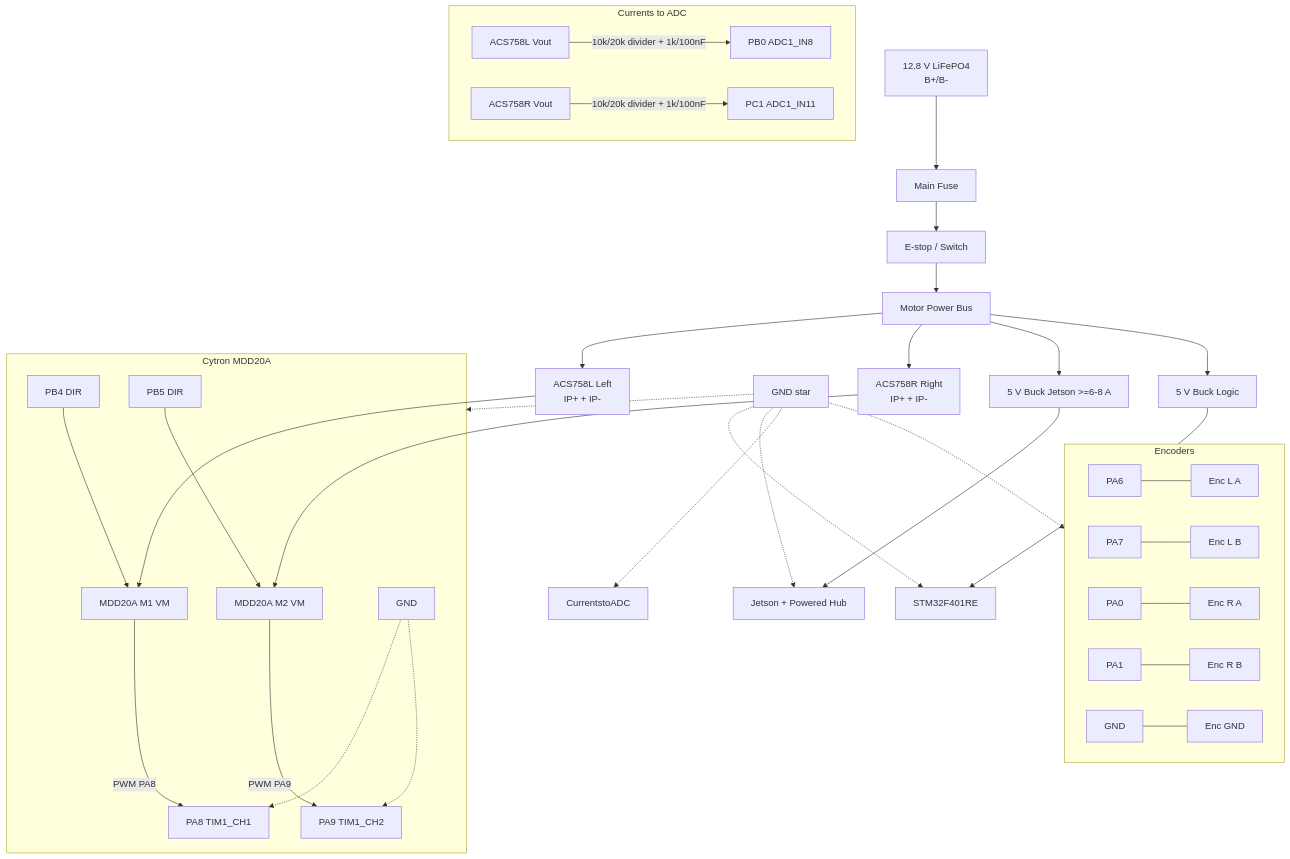
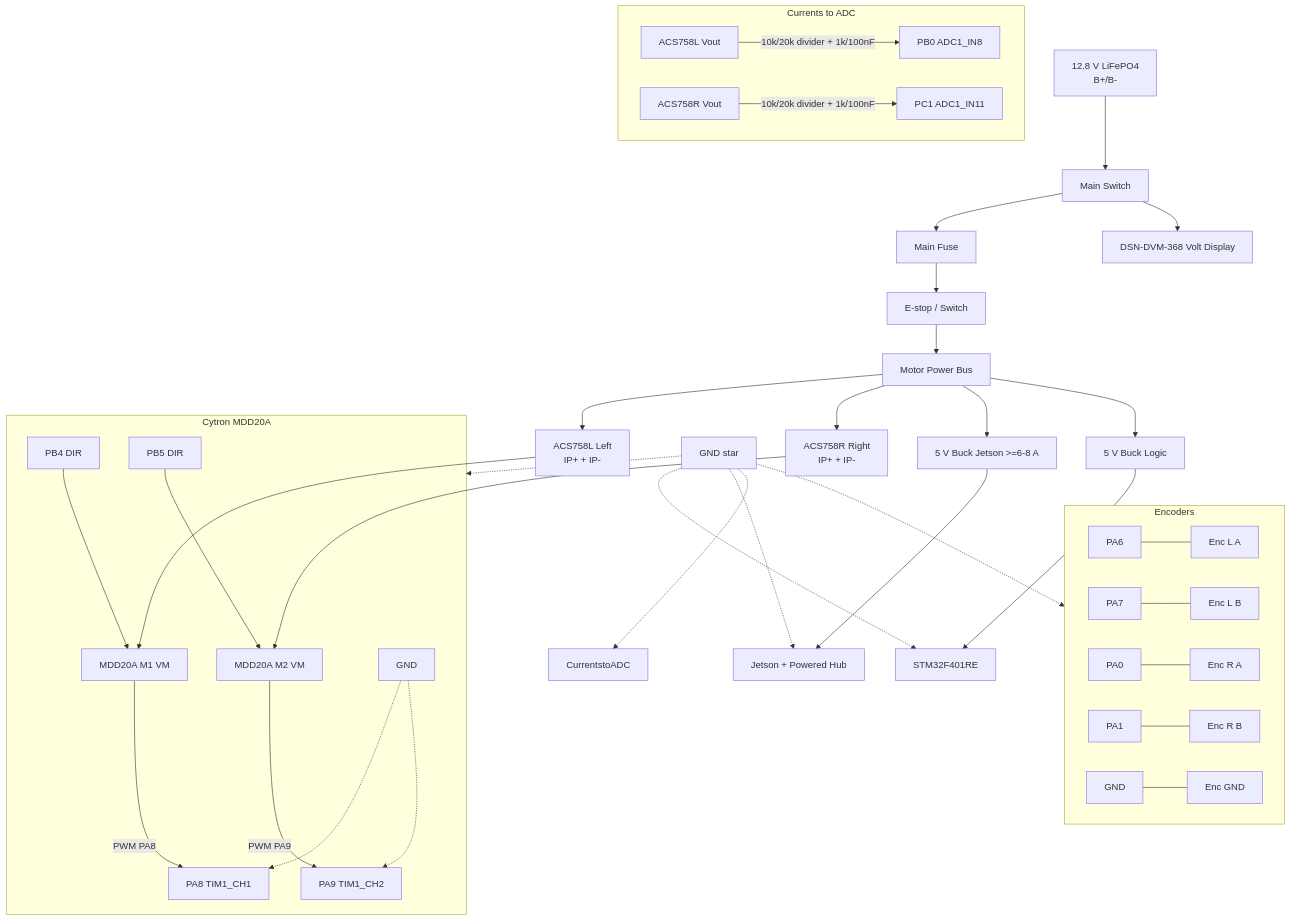
One commit to KartikMehta-1/AMR-development changed the diagram in docs/wiring_schematic.md. Above: the diagram before and after it, drawn with Mermaid. The commit also changed other lines of this file and 9 other files, not shown here.

Commit message:
updated docs with volt meter display

````diff
--- a/docs/wiring_schematic.md
+++ b/docs/wiring_schematic.md
@@ -51,42 +53,44 @@
 ```mermaid
 graph TD
-  BATT[12.8 V LiFePO4<br/>B+/B-] --> FUSE[Main Fuse]
+  BATT[12.8 V LiFePO4<br/>B+/B-] --> MSW[Main Switch]
+  MSW --> FUSE[Main Fuse]
   FUSE --> ESTOP[E-stop / Switch]
   ESTOP --> VM[Motor Power Bus]
+  MSW --> DVM[DSN-DVM-368 Volt Display]
   VM --> CS_L[ACS758L Left<br/>IP+ + IP-]
   VM --> CS_R[ACS758R Right<br/>IP+ + IP-]
   CS_L --> MDD_L[MDD20A M1 VM]
   CS_R --> MDD_R[MDD20A M2 VM]
 
   subgraph MDD[Cytron MDD20A]
     MDD_L -- PWM PA8 --> PWM1[PA8 TIM1_CH1]
     MDD_R -- PWM PA9 --> PWM2[PA9 TIM1_CH2]
     DIRL[PB4 DIR] --> MDD_L
     DIRR[PB5 DIR] --> MDD_R
     GNDMDD[GND] -.-> PWM1
     GNDMDD -.-> PWM2
   end
 
   subgraph Encoders
     ENC_LA[PA6] --- ENCL[Enc L A]
     ENC_LB[PA7] --- ENCLB[Enc L B]
     ENC_RA[PA0] --- ENCR[Enc R A]
     ENC_RB[PA1] --- ENCRB[Enc R B]
     ENC_GND[GND] --- ENCG[Enc GND]
   end
 
   subgraph Currents to ADC
     CS_L_V[ACS758L Vout] -->|10k/20k divider + 1k/100nF| ADC_L[PB0 ADC1_IN8]
     CS_R_V[ACS758R Vout] -->|10k/20k divider + 1k/100nF| ADC_R[PC1 ADC1_IN11]
   end
 
   VM --> BUCK5V[5 V Buck Jetson >=6-8 A]
   BUCK5V --> JET[Jetson + Powered Hub]
   VM --> BUCK5V_LOGIC[5 V Buck Logic]
   BUCK5V_LOGIC --> MCU[STM32F401RE]
   GNDALL[GND star] -.-> MDD
   GNDALL -.-> MCU
   GNDALL -.-> JET
   GNDALL -.-> Encoders
   GNDALL -.-> CurrentstoADC
 ```
````
